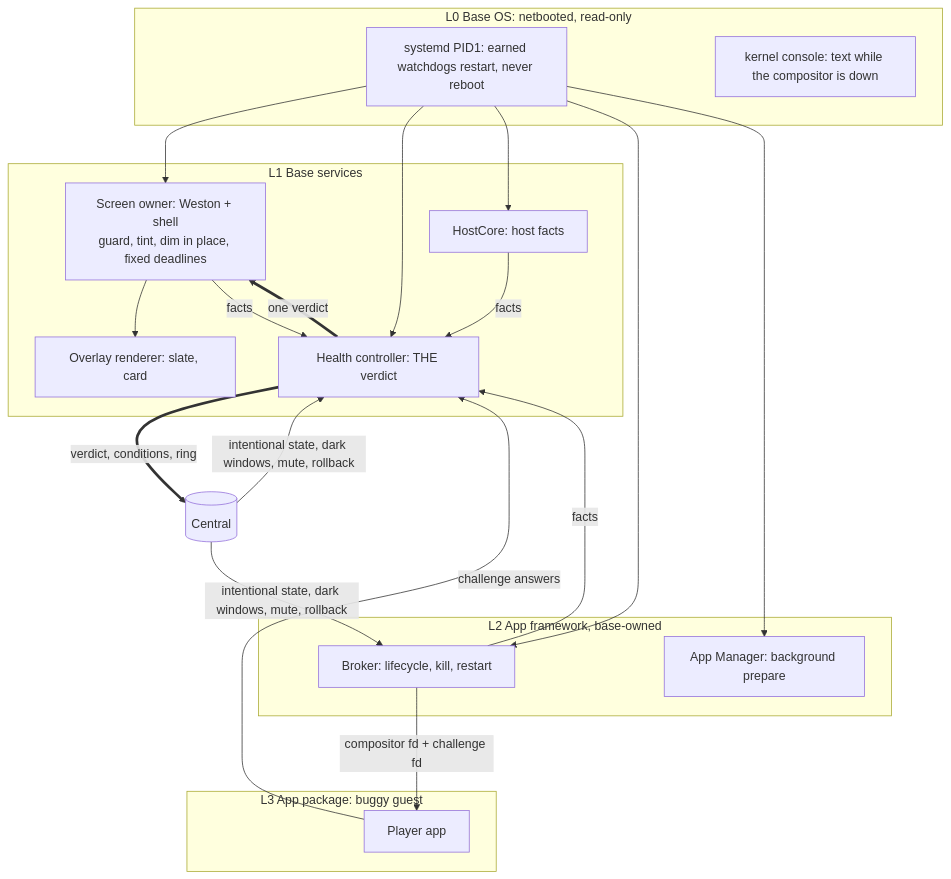
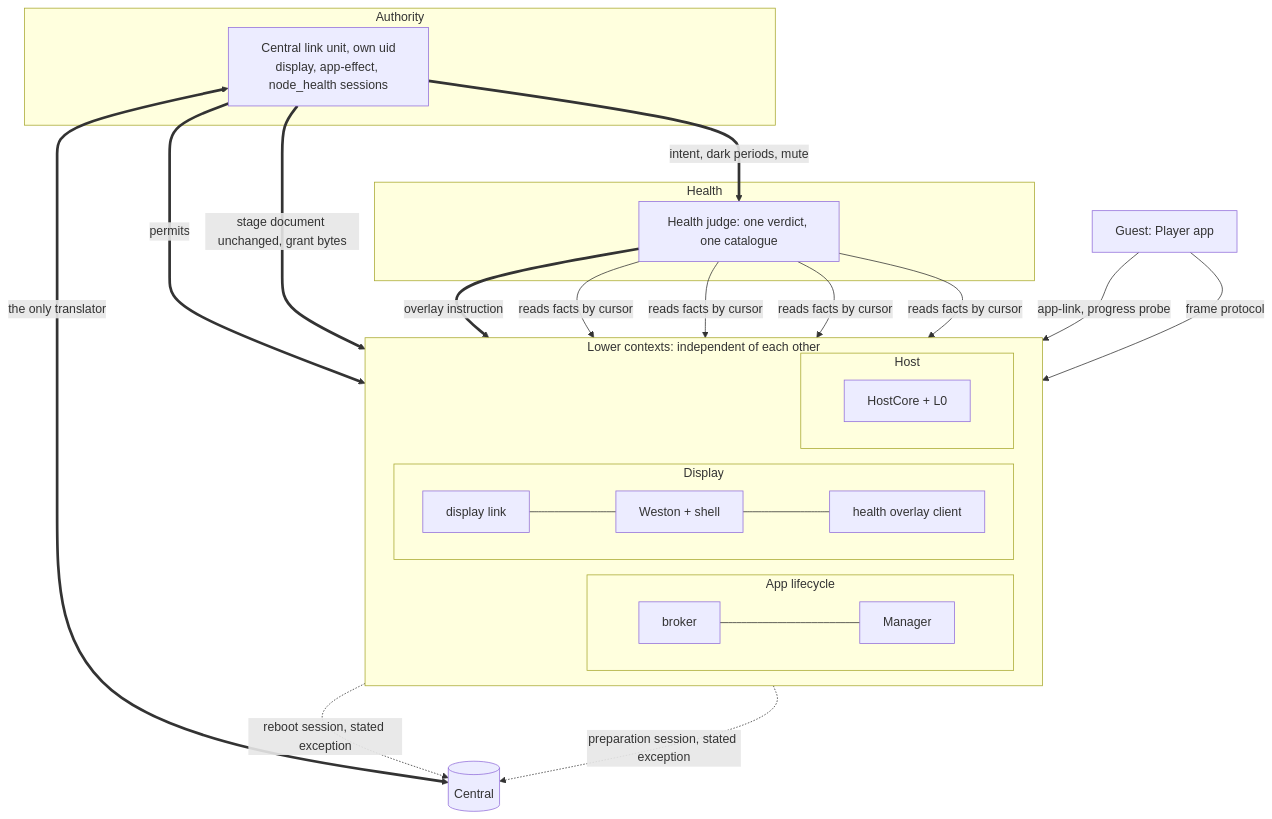
The diagram in docs/decisions/0015-player-base-layer-and-health-overlay.md (mcurcio/photo-wall), drawn with Mermaid before and after one commit. The commit also changed other lines of this file, not shown here.

First line of the commit message:
docs(0015): record the accepted client-first Player base layer (r8)

````diff
--- a/docs/decisions/0015-player-base-layer-and-health-overlay.md
+++ b/docs/decisions/0015-player-base-layer-and-health-overlay.md
@@ -32,28 +31,33 @@
 ```mermaid
 flowchart TB
-    subgraph L0[L0 Base OS: netbooted, read-only]
-        PID1[systemd PID1: earned watchdogs restart, never reboot]
-        KC[kernel console: text while the compositor is down]
+    C[(Central)]
+    subgraph AU[Authority]
+        CL[Central link unit, own uid<br/>display, app-effect, node_health sessions]
     end
-    subgraph L1[L1 Base services]
-        SO[Screen owner: Weston + shell<br/>guard, tint, dim in place, fixed deadlines]
-        OR[Overlay renderer: slate, card]
-        HV[Health controller: THE verdict]
-        HC[HostCore: host facts]
+    subgraph HE[Health]
+        HJ[Health judge: one verdict, one catalogue]
     end
-    subgraph L2[L2 App framework, base-owned]
-        BR[Broker: lifecycle, kill, restart]
-        AM[App Manager: background prepare]
+    subgraph LOW[Lower contexts: independent of each other]
+        direction LR
+        subgraph DI[Display]
+            DL[display link] --- SO[Weston + shell] --- OC[health overlay client]
+        end
+        subgraph AP[App lifecycle]
+            BR[broker] --- AM[Manager]
+        end
+        subgraph HO[Host]
+            HC[HostCore + L0]
+        end
     end
-    subgraph L3[L3 App package: buggy guest]
-        APP[Player app]
-    end
-    PID1 --> SO & HV & HC & BR & AM
-    SO --> OR
-    BR -- compositor fd + challenge fd --> APP
-    APP -- challenge answers --> HV
-    SO & HC & BR -- facts --> HV
-    HV == one verdict ==> SO
-    HV == verdict, conditions, ring ==> C[(Central)]
-    C -- intentional state, dark windows, mute, rollback --> HV & BR
+    G[Guest: Player app]
+    CL <== the only translator ==> C
+    CL == permits ==> DL
+    CL == "stage document unchanged, grant bytes" ==> BR
+    CL == intent, dark periods, mute ==> HJ
+    HJ == overlay instruction ==> OC
+    HJ -- reads facts by cursor --> DL & BR & AM & HC
+    G -- "app-link, progress probe" --> BR
+    G -- frame protocol --> SO
+    HC -. reboot session, stated exception .-> C
+    AM -. preparation session, stated exception .-> C
 ```
````
